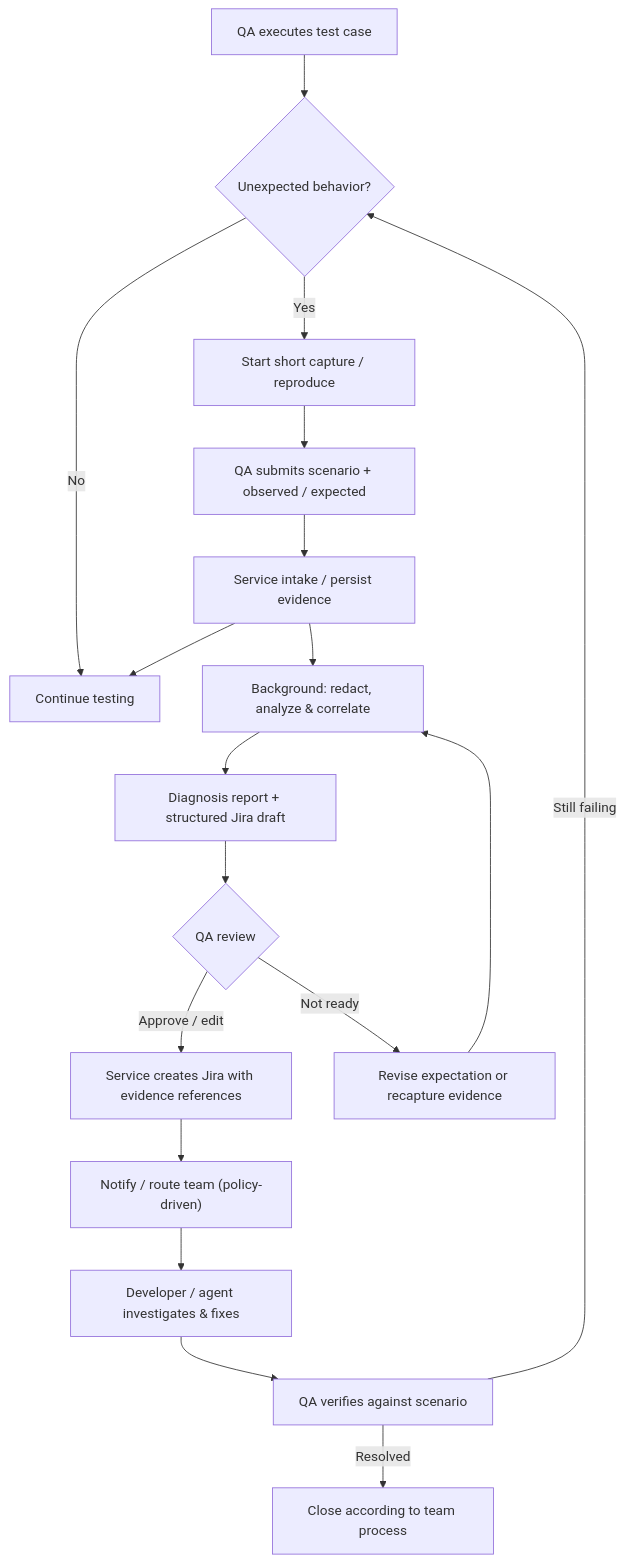
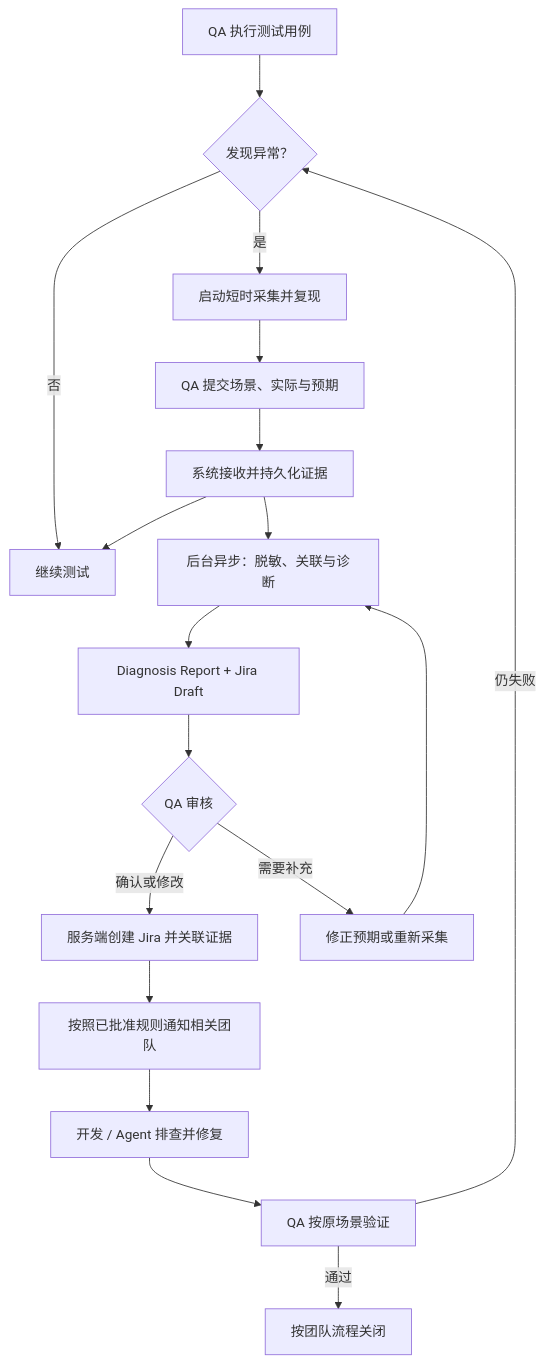
The diagram in docs/workflows/bug-lifecycle.md (TaurusWood/agent-workflow-hub), drawn with Mermaid before and after one commit. The commit also changed other lines of this file and 21 other files, not shown here.

Commit message:
docs(zh-CN): localize architecture, workflows, decisions and schema examples

```diff
--- a/docs/workflows/bug-lifecycle.md
+++ b/docs/workflows/bug-lifecycle.md
@@ -5,20 +5,20 @@
 ~~~mermaid
 flowchart TB
-  CASE["QA executes test case"] --> ISSUE{"Unexpected behavior?"}
-  ISSUE -->|No| NEXT["Continue testing"]
-  ISSUE -->|Yes| START["Start short capture / reproduce"]
-  START --> NOTE["QA submits scenario + observed / expected"]
-  NOTE --> ACCEPT["Service intake / persist evidence"]
+  CASE["QA 执行测试用例"] --> ISSUE{"发现异常？"}
+  ISSUE -->|否| NEXT["继续测试"]
+  ISSUE -->|是| START["启动短时采集并复现"]
+  START --> NOTE["QA 提交场景、实际与预期"]
+  NOTE --> ACCEPT["系统接收并持久化证据"]
   ACCEPT --> NEXT
-  ACCEPT --> ENRICH["Background: redact, analyze & correlate"]
-  ENRICH --> REPORT["Diagnosis report + structured Jira draft"]
-  REPORT --> READY{"QA review"}
-  READY -->|Approve / edit| CREATE["Service creates Jira with evidence references"]
-  READY -->|Not ready| MORE["Revise expectation or recapture evidence"]
+  ACCEPT --> ENRICH["后台异步：脱敏、关联与诊断"]
+  ENRICH --> REPORT["Diagnosis Report + Jira Draft"]
+  REPORT --> READY{"QA 审核"}
+  READY -->|确认或修改| CREATE["服务端创建 Jira 并关联证据"]
+  READY -->|需要补充| MORE["修正预期或重新采集"]
   MORE --> ENRICH
-  CREATE --> ROUTE["Notify / route team (policy-driven)"]
-  ROUTE --> FIX["Developer / agent investigates & fixes"]
-  FIX --> VERIFY["QA verifies against scenario"]
-  VERIFY -->|Resolved| CLOSE["Close according to team process"]
-  VERIFY -->|Still failing| ISSUE
+  CREATE --> ROUTE["按照已批准规则通知相关团队"]
+  ROUTE --> FIX["开发 / Agent 排查并修复"]
+  FIX --> VERIFY["QA 按原场景验证"]
+  VERIFY -->|通过| CLOSE["按团队流程关闭"]
+  VERIFY -->|仍失败| ISSUE
 ~~~
```
